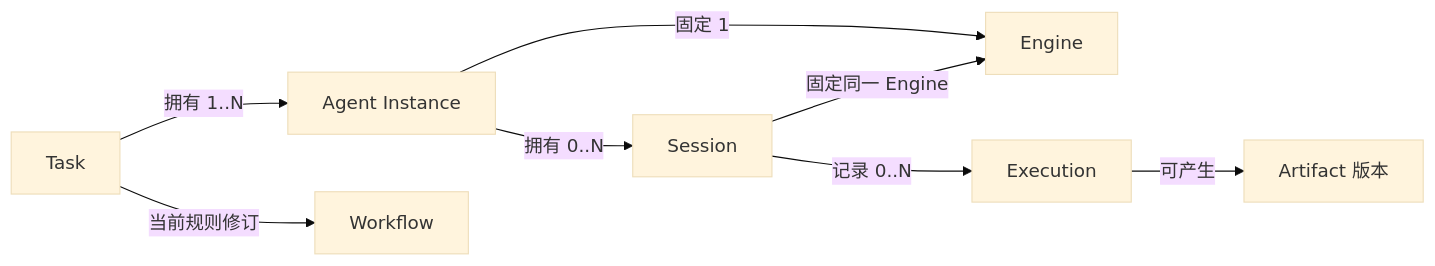
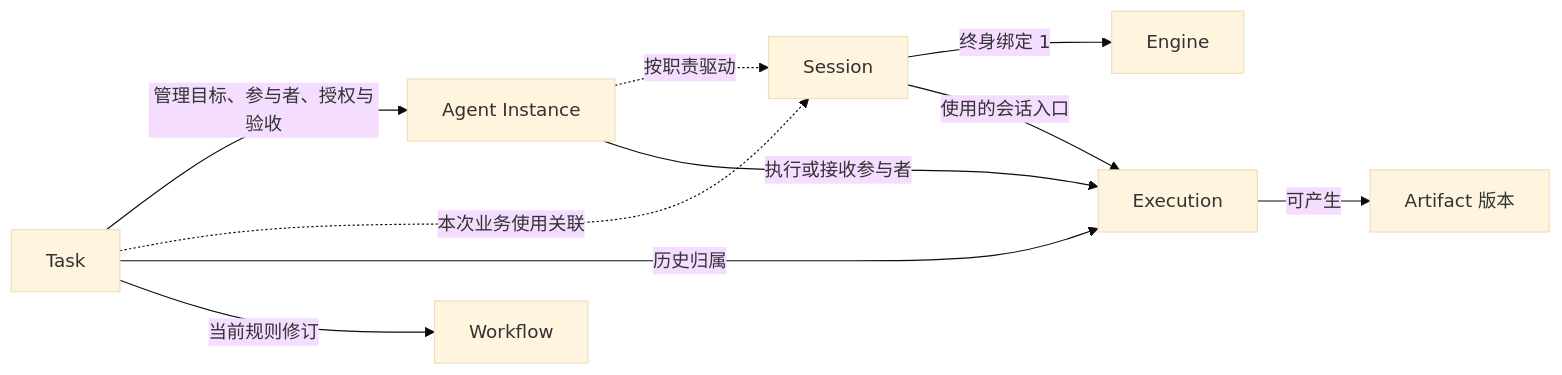
The diagram in docs/domain/README.md (MC0571/AnyAgent), drawn with Mermaid (base theme) before and after one commit. The commit also changed other lines of this file and 9 other files, not shown here.

Commit message:
docs: 修订 Session 与 Task 关系提案及文档链接

````diff
--- a/docs/domain/README.md
+++ b/docs/domain/README.md
@@ -36,10 +38,12 @@
 ```mermaid
 flowchart LR
-    Task[Task] -->|拥有 1..N| Participant[Agent Instance]
-    Participant -->|拥有 0..N| Session[Session]
-    Participant -->|固定 1| Engine[Engine]
-    Session -->|固定同一 Engine| Engine
-    Session -->|记录 0..N| Execution[Execution]
+    Task[Task] -->|管理目标、参与者、授权与验收| Participant[Agent Instance]
+    Task -.->|本次业务使用关联| Session[Session]
+    Participant -.->|按职责驱动| Session
+    Session -->|终身绑定 1| Engine[Engine]
+    Task -->|历史归属| Execution[Execution]
+    Participant -->|执行或接收参与者| Execution
+    Session -->|使用的会话入口| Execution
     Task -->|当前规则修订| Workflow[Workflow]
     Execution -->|可产生| Artifact[Artifact 版本]
 ```
````
